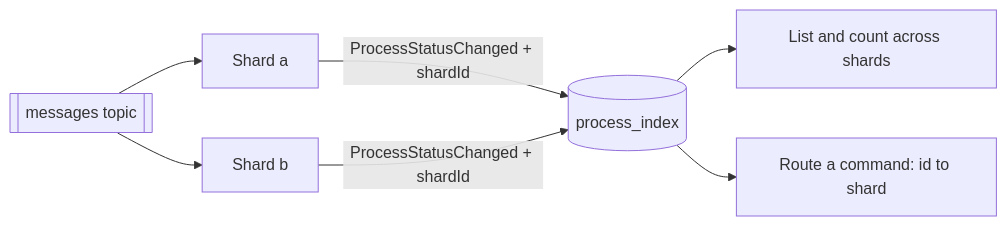
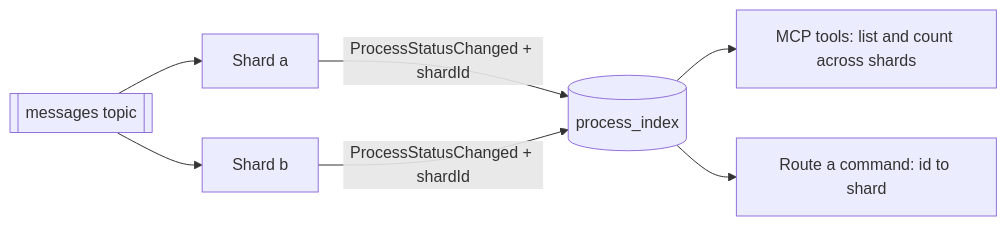
Before and after one commit to miguelperezcolom/eventconductor: the second of 2 diagrams in doc/src/content/docs/guides/sharding.md, drawn with Mermaid. The commit also changed other lines of this file, not shown here.

````diff
--- a/doc/src/content/docs/guides/sharding.md
+++ b/doc/src/content/docs/guides/sharding.md
@@ -42,9 +42,9 @@
 ```mermaid
 flowchart LR
   M[[messages topic]] --> A[Shard a]
   M --> B[Shard b]
   A -->|ProcessStatusChanged + shardId| I[(process_index)]
   B -->|ProcessStatusChanged + shardId| I
-  I --> Q[List and count across shards]
+  I --> Q[MCP tools: list and count across shards]
   I --> K[Route a command: id to shard]
 ```
````
